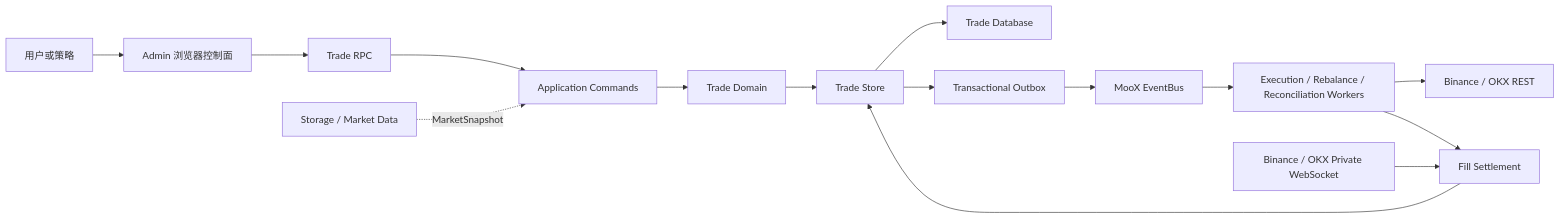
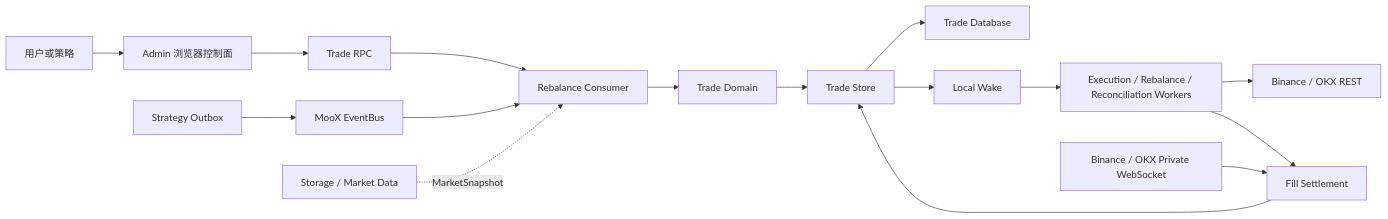
The first of 2 diagrams in docs/交易模块架构设计.md (mooyang-code/moox), drawn with Mermaid before and after one commit. The commit also changed other lines of this file and 152 other files, not shown here.

Commit message:
refactor(events): simplify consumer ownership and trade flow

````diff
--- a/docs/交易模块架构设计.md
+++ b/docs/交易模块架构设计.md
@@ -11,17 +11,18 @@
 ```mermaid
 flowchart LR
   U["用户或策略"] --> GW["Admin 浏览器控制面"]
   GW --> RPC["Trade RPC"]
   RPC --> APP["Application Commands"]
+  STRATEGY["Strategy Outbox"] --> BUS["MooX EventBus"]
+  BUS --> APP["Rebalance Consumer"]
   APP --> DOMAIN["Trade Domain"]
   DOMAIN --> STORE["Trade Store"]
   STORE --> DB["Trade Database"]
-  STORE --> OUTBOX["Transactional Outbox"]
-  OUTBOX --> BUS["MooX EventBus"]
-  BUS --> WORKERS["Execution / Rebalance / Reconciliation Workers"]
+  STORE --> WAKE["Local Wake"]
+  WAKE --> WORKERS["Execution / Rebalance / Reconciliation Workers"]
   WORKERS --> EX["Binance / OKX REST"]
   EXWS["Binance / OKX Private WebSocket"] --> SETTLE["Fill Settlement"]
   WORKERS --> SETTLE
   SETTLE --> STORE
   STORAGE["Storage / Market Data"] -. "MarketSnapshot" .-> APP
 ```
````
